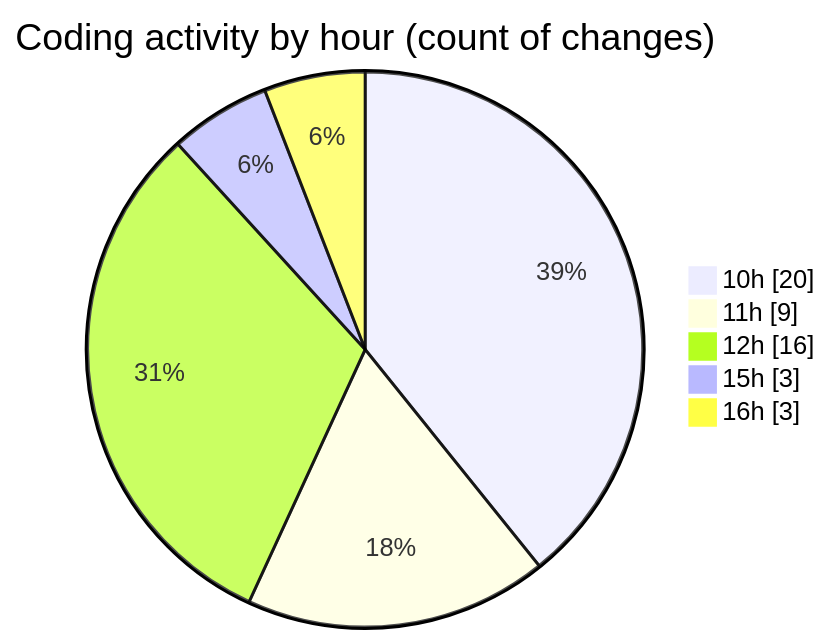
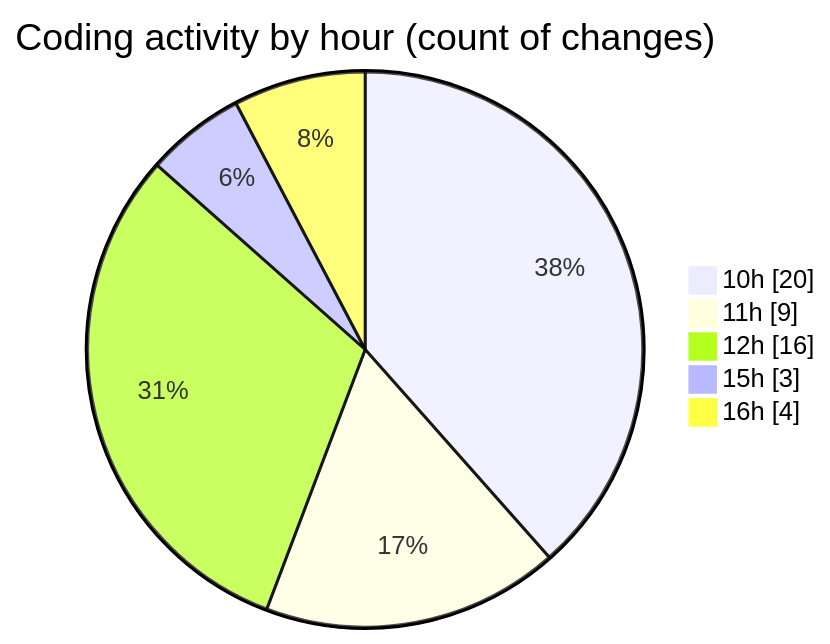
One commit to nxtqubesakshisongat/code-tracking changed the second of 2 diagrams in 2026-02-20/nxtqube_webapp/README.md. Above: the diagram before and after it, drawn with Mermaid. The commit also changed other lines of this file and 1 other file, not shown here.

````diff
--- a/2026-02-20/nxtqube_webapp/README.md
+++ b/2026-02-20/nxtqube_webapp/README.md
@@ -40,9 +41,9 @@
 ```mermaid
 pie showData
 title Coding activity by hour (count of changes)
 "10h" : 20
 "11h" : 9
 "12h" : 16
 "15h" : 3
-"16h" : 3
+"16h" : 4
 ```
````
